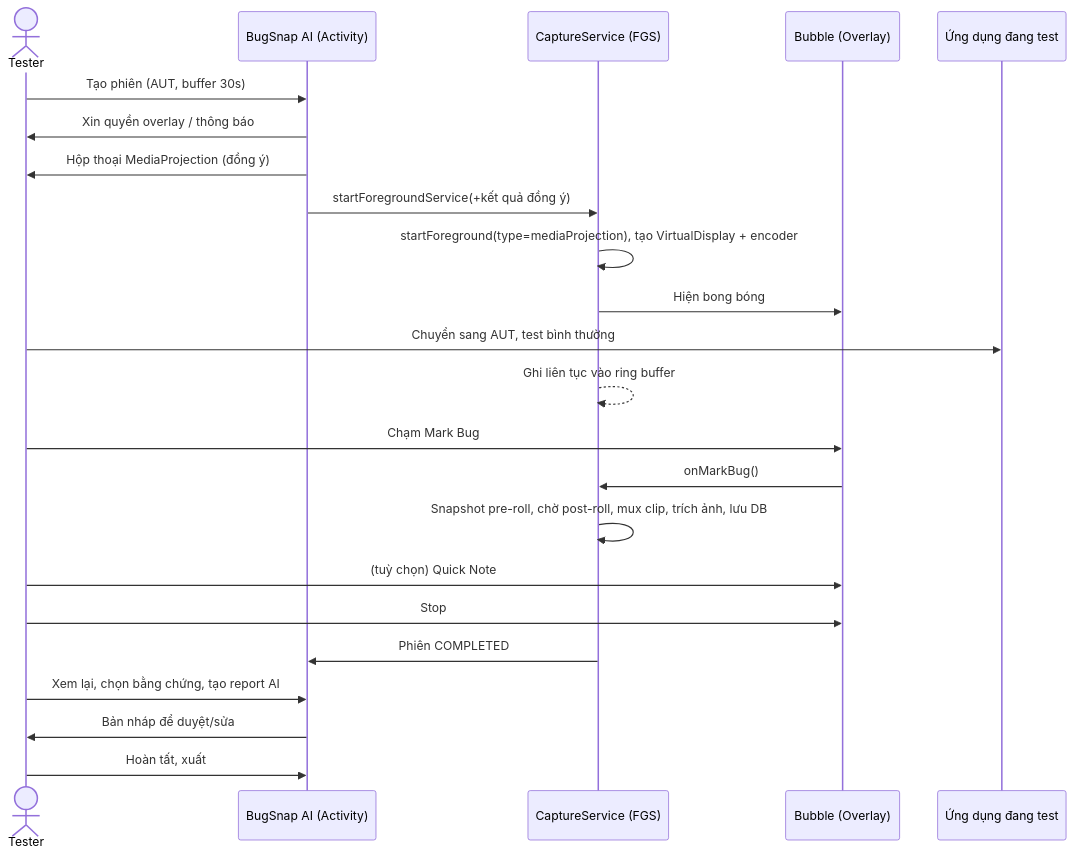
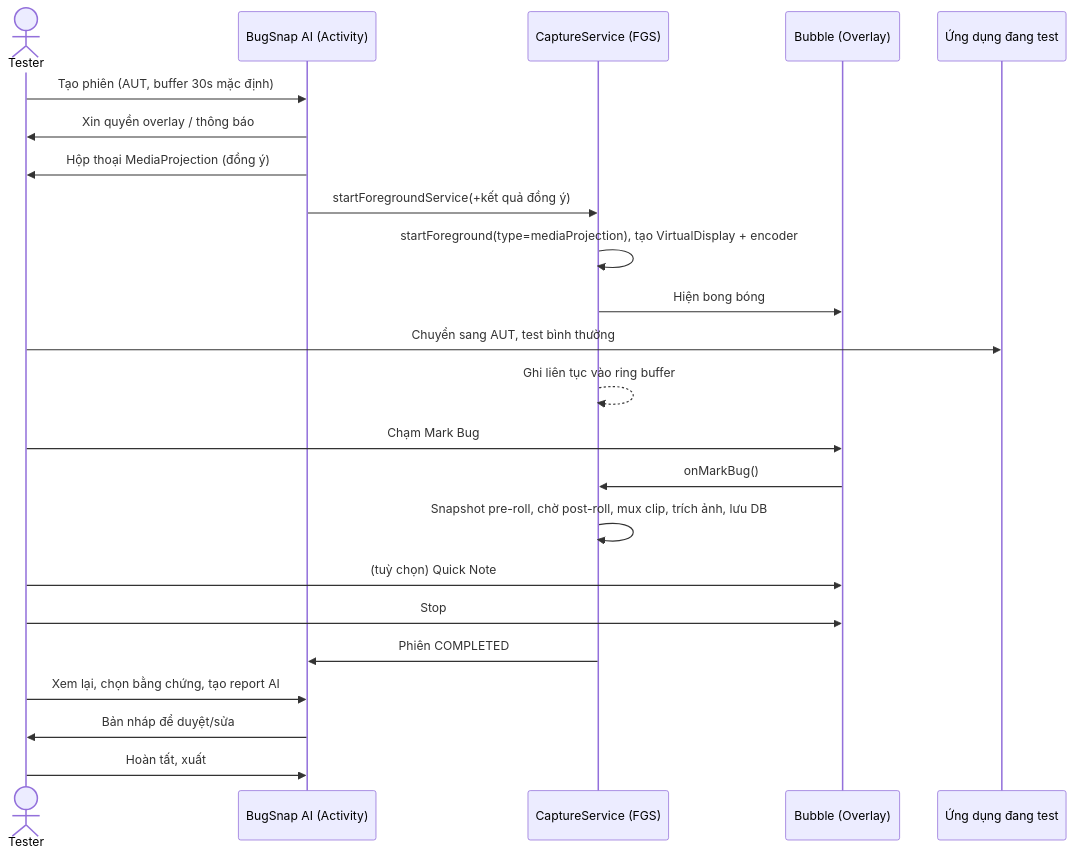
Before and after one commit to ntiendat01/BugSnapAI: the first of 5 diagrams in docs/specs/BugSnapAI/docs/04_USER_WORKFLOWS.md, drawn with Mermaid. The commit also changed 11 other files, not shown here.

````diff
--- a/docs/specs/BugSnapAI/docs/04_USER_WORKFLOWS.md
+++ b/docs/specs/BugSnapAI/docs/04_USER_WORKFLOWS.md
@@ -4,25 +4,25 @@
 ```mermaid
 sequenceDiagram
     actor T as Tester
     participant App as BugSnap AI (Activity)
     participant Svc as CaptureService (FGS)
     participant B as Bubble (Overlay)
     participant AUT as Ứng dụng đang test
-    T->>App: Tạo phiên (AUT, buffer 30s)
+    T->>App: Tạo phiên (AUT, buffer 30s mặc định)
     App->>T: Xin quyền overlay / thông báo
     App->>T: Hộp thoại MediaProjection (đồng ý)
     App->>Svc: startForegroundService(+kết quả đồng ý)
     Svc->>Svc: startForeground(type=mediaProjection), tạo VirtualDisplay + encoder
     Svc->>B: Hiện bong bóng
     T->>AUT: Chuyển sang AUT, test bình thường
     Svc-->>Svc: Ghi liên tục vào ring buffer
     T->>B: Chạm Mark Bug
     B->>Svc: onMarkBug()
     Svc->>Svc: Snapshot pre-roll, chờ post-roll, mux clip, trích ảnh, lưu DB
     T->>B: (tuỳ chọn) Quick Note
     T->>B: Stop
     Svc->>App: Phiên COMPLETED
     T->>App: Xem lại, chọn bằng chứng, tạo report AI
     App->>T: Bản nháp để duyệt/sửa
     T->>App: Hoàn tất, xuất
 ```
````
